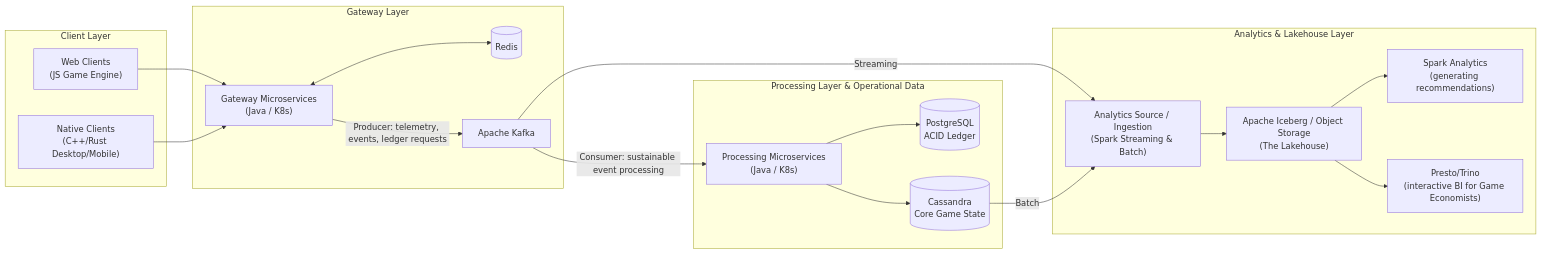
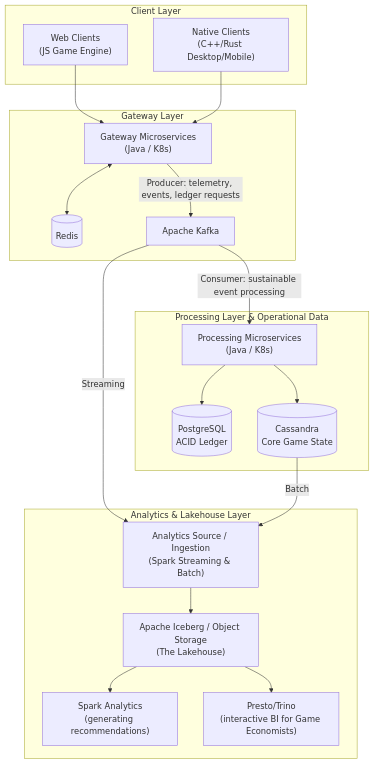
The first of 2 diagrams in Gaming_Project.md (pravinbhat/pravinbhat.github.io), drawn with Mermaid before and after one commit.

Commit message:
Reorder flow from top to bottom

````diff
--- a/Gaming_Project.md
+++ b/Gaming_Project.md
@@ -22,43 +22,43 @@
 ```mermaid
-flowchart LR
+flowchart TB
   subgraph CL["Client Layer"]
     WC["Web Clients<br/>(JS Game Engine)"]
     NC["Native Clients<br/>(C++/Rust Desktop/Mobile)"]
   end
 
   subgraph GL["Gateway Layer"]
     GW["Gateway Microservices<br/>(Java / K8s)"]
     R[(Redis)]
     K[Apache Kafka]
   end
 
   subgraph PL["Processing Layer & Operational Data"]
     PM["Processing Microservices<br/>(Java / K8s)"]
     PG[(PostgreSQL<br/>ACID Ledger)]
     CA[(Cassandra<br/>Core Game State)]
   end
 
   subgraph AL["Analytics & Lakehouse Layer"]
     IN["Analytics Source / Ingestion<br/>(Spark Streaming & Batch)"]
     IC["Apache Iceberg / Object Storage<br/>(The Lakehouse)"]
     SA["Spark Analytics<br/>(generating recommendations)"]
     PT["Presto/Trino<br/>(interactive BI for Game Economists)"]
   end
 
   WC --> GW
   NC --> GW
 
   GW <--> R
   GW -->|Producer: telemetry, events, ledger requests| K
 
   K -->|Consumer: sustainable event processing| PM
   PM --> PG
   PM --> CA
 
   K -->|Streaming| IN
   CA -->|Batch| IN
   IN --> IC
 
   IC --> SA
   IC --> PT
 ```
````
